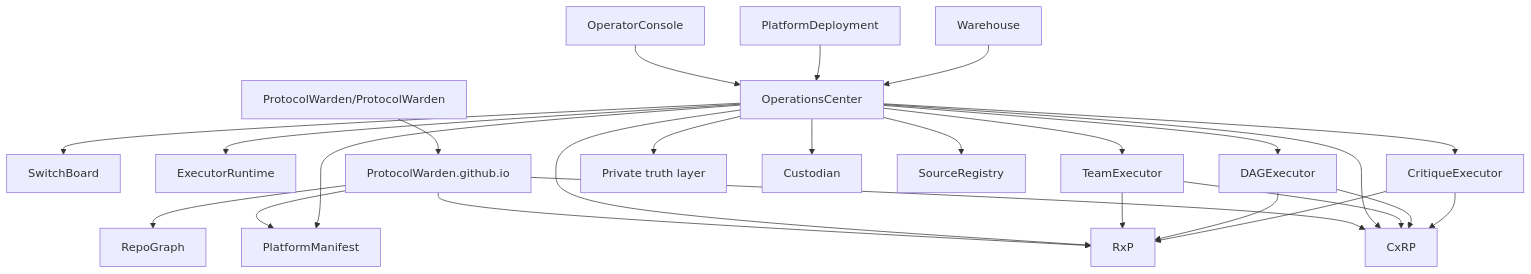
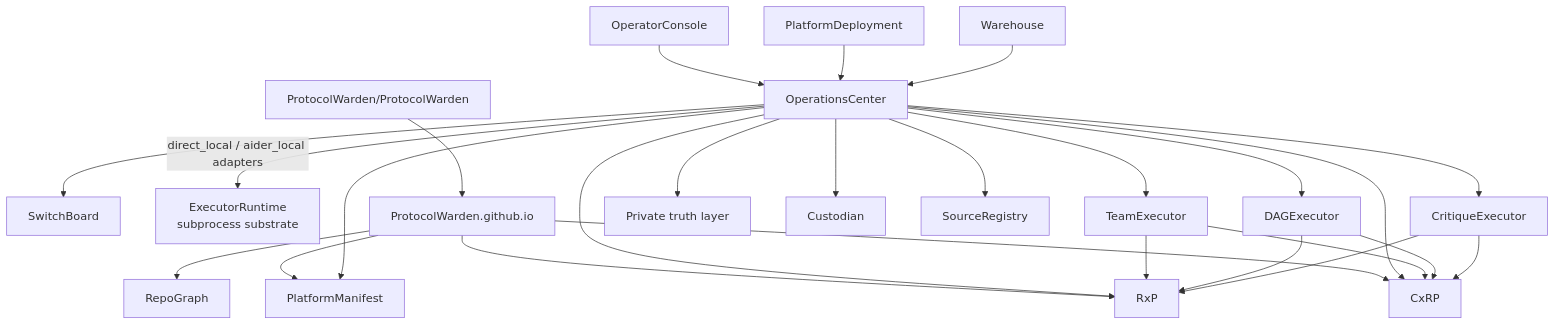
One commit to ProtocolWarden/ProtocolWarden.github.io changed the diagram in docs/topology/ecosystem-graph.md. Above: the diagram before and after it, drawn with Mermaid. The commit also changed other lines of this file and 17 other files, not shown here.

First line of the commit message:
docs: correct ExecutorRuntime role across all documentation

````diff
--- a/docs/topology/ecosystem-graph.md
+++ b/docs/topology/ecosystem-graph.md
@@ -3,47 +3,47 @@
 ```mermaid
 graph TD
     FRONT[ProtocolWarden/ProtocolWarden]
     OC[OperatorConsole]
     OPS[OperationsCenter]
     SB[SwitchBoard]
     CX[CxRP]
     RX[RxP]
-    ER[ExecutorRuntime]
+    ER[ExecutorRuntime\nsubprocess substrate]
     TE[TeamExecutor]
     DE[DAGExecutor]
     CE[CritiqueExecutor]
     RG[RepoGraph]
     PM[PlatformManifest]
     PT[Private truth layer]
     CU[Custodian]
     WS[PlatformDeployment]
     WH[Warehouse]
     SR[SourceRegistry]
     DOCS[ProtocolWarden.github.io]
 
     FRONT --> DOCS
     DOCS --> PM
     DOCS --> RG
     DOCS --> CX
     DOCS --> RX
     OC --> OPS
     OPS --> SB
     OPS --> CX
     OPS --> RX
-    OPS --> ER
+    OPS -->|direct_local / aider_local adapters| ER
     OPS --> TE
     OPS --> DE
     OPS --> CE
     OPS --> PM
     OPS --> PT
     OPS --> SR
     OPS --> CU
     TE --> CX
     TE --> RX
     DE --> CX
     DE --> RX
     CE --> CX
     CE --> RX
     WS --> OPS
     WH --> OPS
 ```
````
